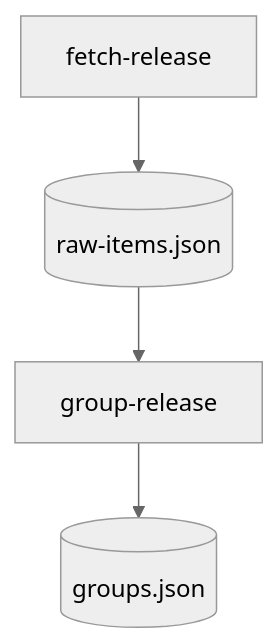
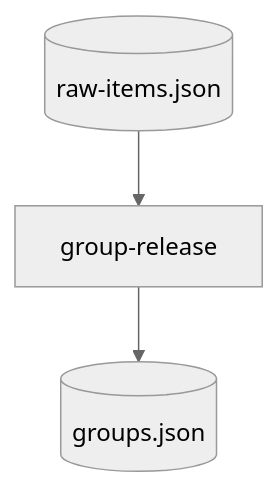
Before and after one commit to tkykenmt/opensearch-feature-explorer: the fourth of 9 diagrams in README.md, drawn with Mermaid (neutral theme). The commit also changed other lines of this file, not shown here.

````diff
--- a/README.md
+++ b/README.md
@@ -125,6 +136,5 @@
 ```mermaid
 flowchart TB
-    A[fetch-release] --> B[(raw-items.json)]
-    B --> C[group-release]
-    C --> D[(groups.json)]
+    A[(raw-items.json)] --> B[group-release]
+    B --> C[(groups.json)]
 ```
````
